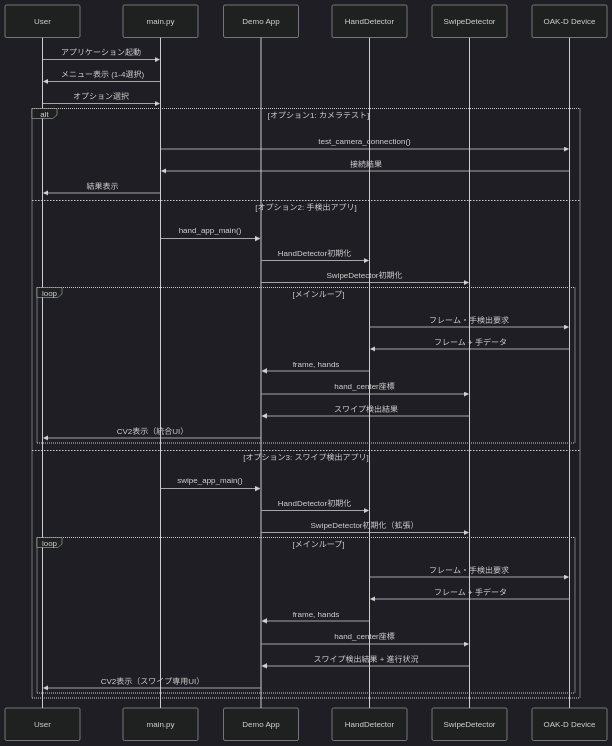
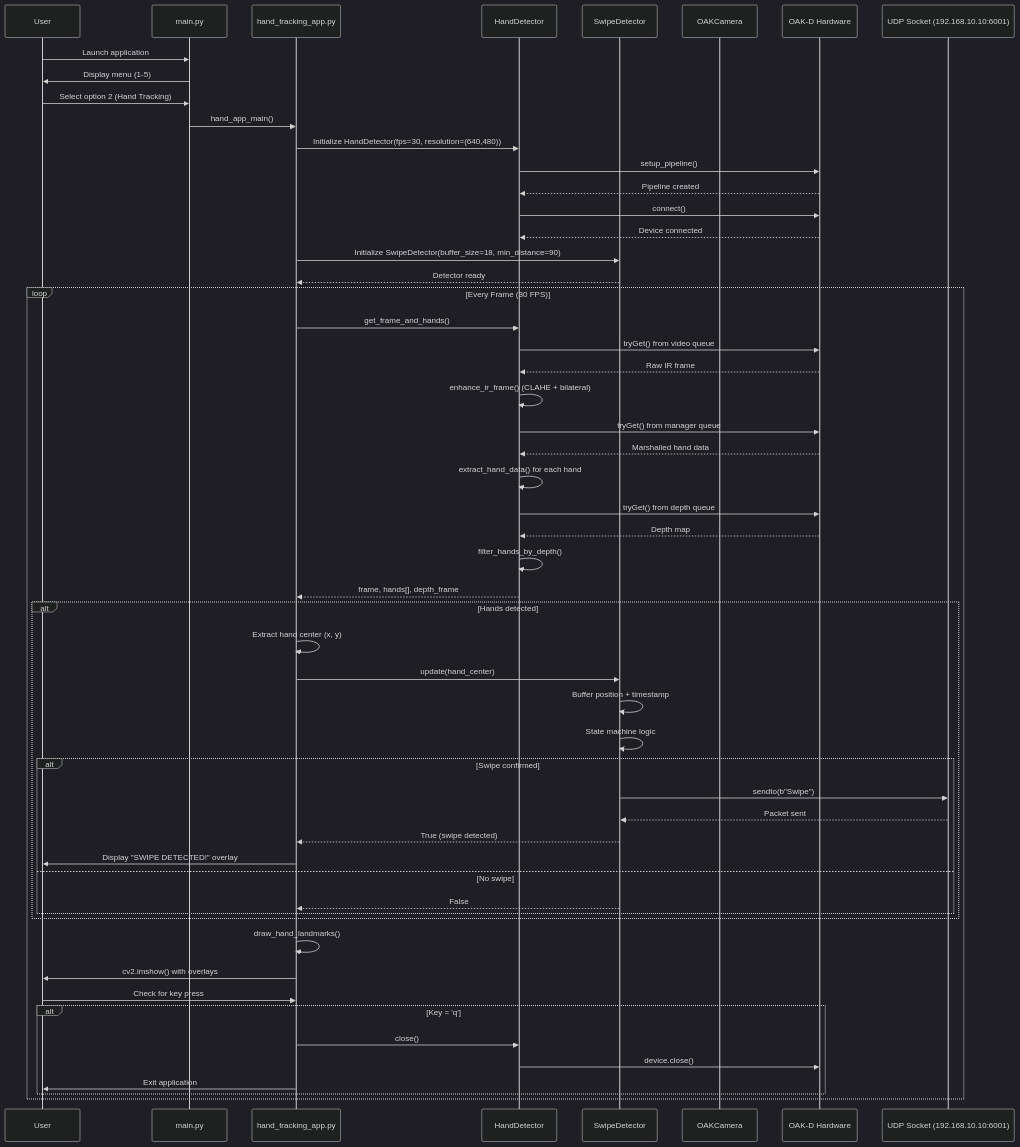
One commit to ShoumikMahbubRidoy/TG_25_GestureOAK-D changed the diagram in docs/application-architecture.md. Above: the diagram before and after it, drawn with Mermaid (dark theme). The commit also changed other lines of this file and 1 other file, not shown here.

````diff
--- a/docs/application-architecture.md
+++ b/docs/application-architecture.md
@@ -137,47 +212,68 @@
 ```mermaid
 sequenceDiagram
-    participant U as User
-    participant M as main.py
-    participant D as Demo App
-    participant HD as HandDetector  
-    participant SD as SwipeDetector
-    participant OAK as OAK-D Device
+    participant User
+    participant MainApp as main.py
+    participant HandApp as hand_tracking_app.py
+    participant HandDet as HandDetector
+    participant SwipeDet as SwipeDetector
+    participant OAKCam as OAKCamera
+    participant Device as OAK-D Hardware
+    participant UDP as UDP Socket (192.168.10.10:6001)
+
+    User->>MainApp: Launch application
+    MainApp->>User: Display menu (1-5)
+    User->>MainApp: Select option 2 (Hand Tracking)
     
-    U->>M: アプリケーション起動
-    M->>U: メニュー表示 (1-4選択)
-    U->>M: オプション選択
+    MainApp->>HandApp: hand_app_main()
+    HandApp->>HandDet: Initialize HandDetector(fps=30, resolution=(640,480))
+    HandDet->>Device: setup_pipeline()
+    Device-->>HandDet: Pipeline created
+    HandDet->>Device: connect()
+    Device-->>HandDet: Device connected
     
-    alt オプション1: カメラテスト
-        M->>OAK: test_camera_connection()
-        OAK->>M: 接続結果
-        M->>U: 結果表示
+    HandApp->>SwipeDet: Initialize SwipeDetector(buffer_size=18, min_distance=90)
+    SwipeDet-->>HandApp: Detector ready
     
-    else オプション2: 手検出アプリ
-        M->>D: hand_app_main()
-        D->>HD: HandDetector初期化
-        D->>SD: SwipeDetector初期化
+    loop Every Frame (30 FPS)
+        HandApp->>HandDet: get_frame_and_hands()
+        HandDet->>Device: tryGet() from video queue
+        Device-->>HandDet: Raw IR frame
+        HandDet->>HandDet: enhance_ir_frame() (CLAHE + bilateral)
         
-        loop メインループ
-            HD->>OAK: フレーム・手検出要求
-            OAK->>HD: フレーム + 手データ
-            HD->>D: frame, hands
-            D->>SD: hand_center座標
-            SD->>D: スワイプ検出結果
-            D->>U: CV2表示（統合UI）
+        HandDet->>Device: tryGet() from manager queue
+        Device-->>HandDet: Marshalled hand data
+        HandDet->>HandDet: extract_hand_data() for each hand
+        
+        HandDet->>Device: tryGet() from depth queue
+        Device-->>HandDet: Depth map
+        HandDet->>HandDet: filter_hands_by_depth()
+        
+        HandDet-->>HandApp: frame, hands[], depth_frame
+        
+        alt Hands detected
+            HandApp->>HandApp: Extract hand center (x, y)
+            HandApp->>SwipeDet: update(hand_center)
+            SwipeDet->>SwipeDet: Buffer position + timestamp
+            SwipeDet->>SwipeDet: State machine logic
+            
+            alt Swipe confirmed
+                SwipeDet->>UDP: sendto(b"Swipe")
+                UDP-->>SwipeDet: Packet sent
+                SwipeDet-->>HandApp: True (swipe detected)
+                HandApp->>User: Display "SWIPE DETECTED!" overlay
+            else No swipe
+                SwipeDet-->>HandApp: False
+            end
         end
-    
-    else オプション3: スワイプ検出アプリ  
-        M->>D: swipe_app_main()
-        D->>HD: HandDetector初期化
-        D->>SD: SwipeDetector初期化（拡張）
         
-        loop メインループ
-            HD->>OAK: フレーム・手検出要求
-            OAK->>HD: フレーム + 手データ
-            HD->>D: frame, hands
-            D->>SD: hand_center座標
-            SD->>D: スワイプ検出結果 + 進行状況
-            D->>U: CV2表示（スワイプ専用UI）
+        HandApp->>HandApp: draw_hand_landmarks()
+        HandApp->>User: cv2.imshow() with overlays
+        
+        User->>HandApp: Check for key press
+        alt Key = 'q'
+            HandApp->>HandDet: close()
+            HandDet->>Device: device.close()
+            HandApp->>User: Exit application
         end
     end
 ```
````
